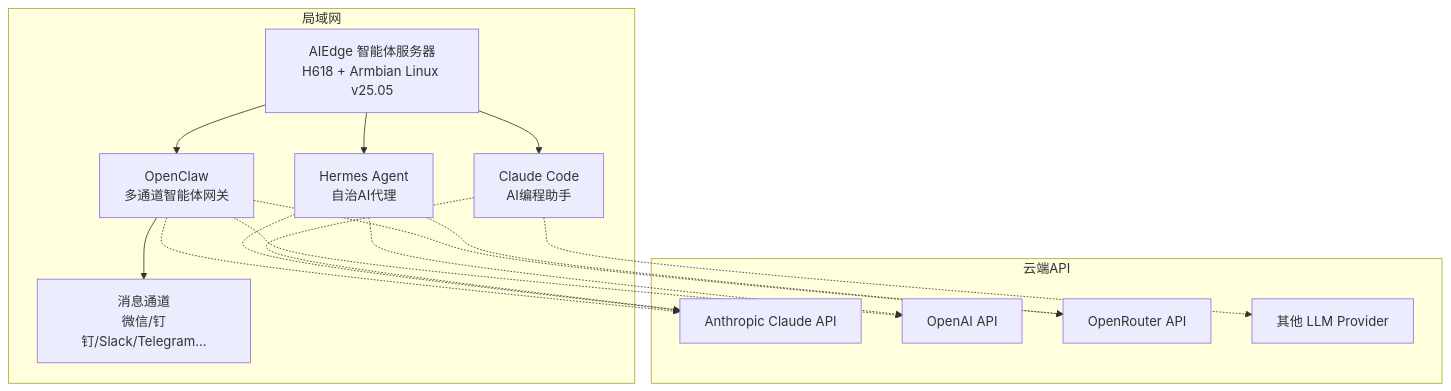
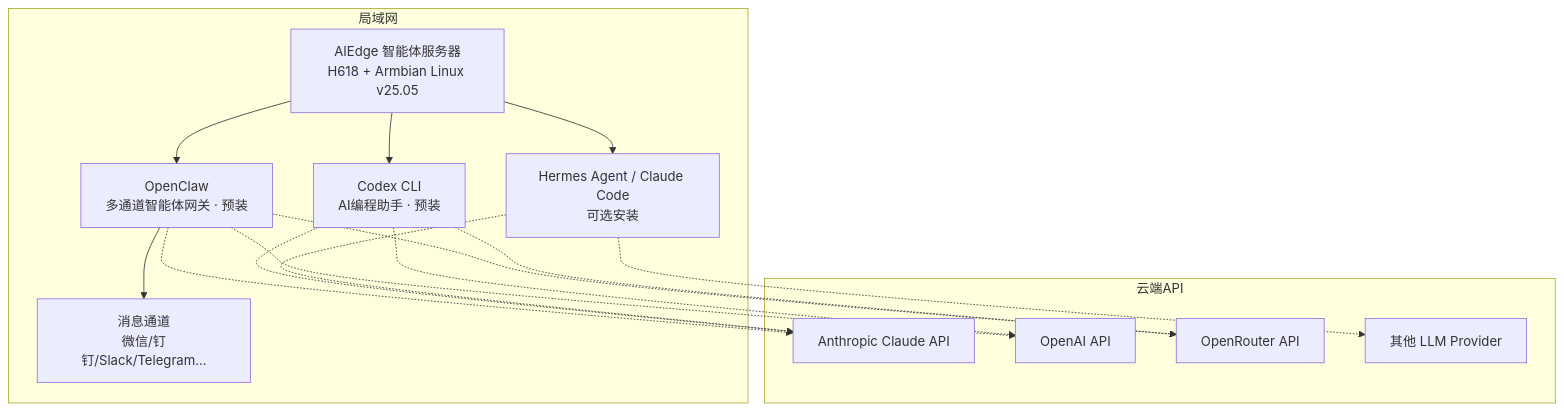
The diagram in docs/index.md (IntronBio/wiki), drawn with Mermaid before and after one commit. The commit also changed other lines of this file and 23 other files, not shown here.

First line of the commit message:
docs: 调整预装软件为 OpenClaw + Codex CLI

````diff
--- a/docs/index.md
+++ b/docs/index.md
@@ -92,24 +92,24 @@
 ```mermaid
 graph TD
     subgraph 局域网
         A[AIEdge 智能体服务器<br/>H618 + Armbian Linux v25.05]
-        A --> B[OpenClaw<br/>多通道智能体网关]
-        A --> C[Hermes Agent<br/>自治AI代理]
-        A --> D[Claude Code<br/>AI编程助手]
+        A --> B[OpenClaw<br/>多通道智能体网关 · 预装]
+        A --> C[Codex CLI<br/>AI编程助手 · 预装]
+        A --> D[Hermes Agent / Claude Code<br/>可选安装]
         B --> E[消息通道<br/>微信/钉钉/Slack/Telegram...]
     end
     subgraph 云端API
         F[Anthropic Claude API]
         G[OpenAI API]
         H[OpenRouter API]
         I[其他 LLM Provider]
     end
     B -.-> F
     B -.-> G
     B -.-> H
     C -.-> F
     C -.-> G
     C -.-> H
     D -.-> F
     D -.-> I
 ```
````
